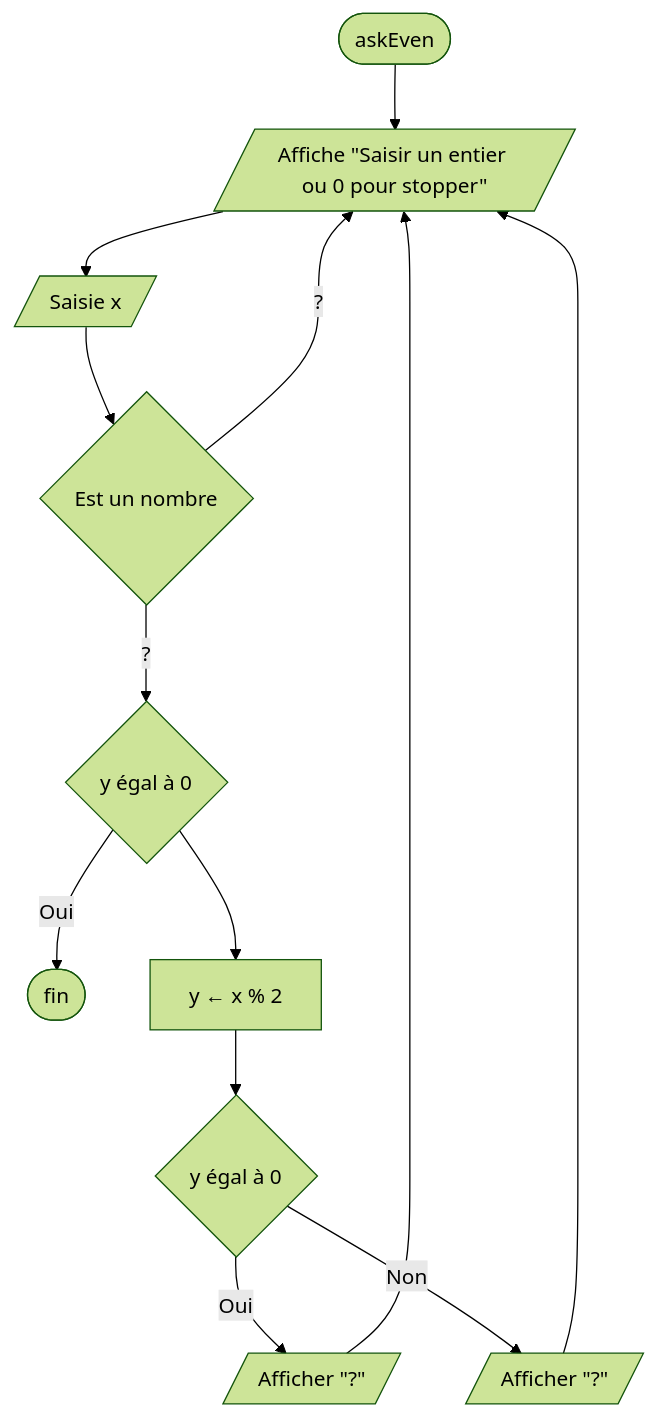
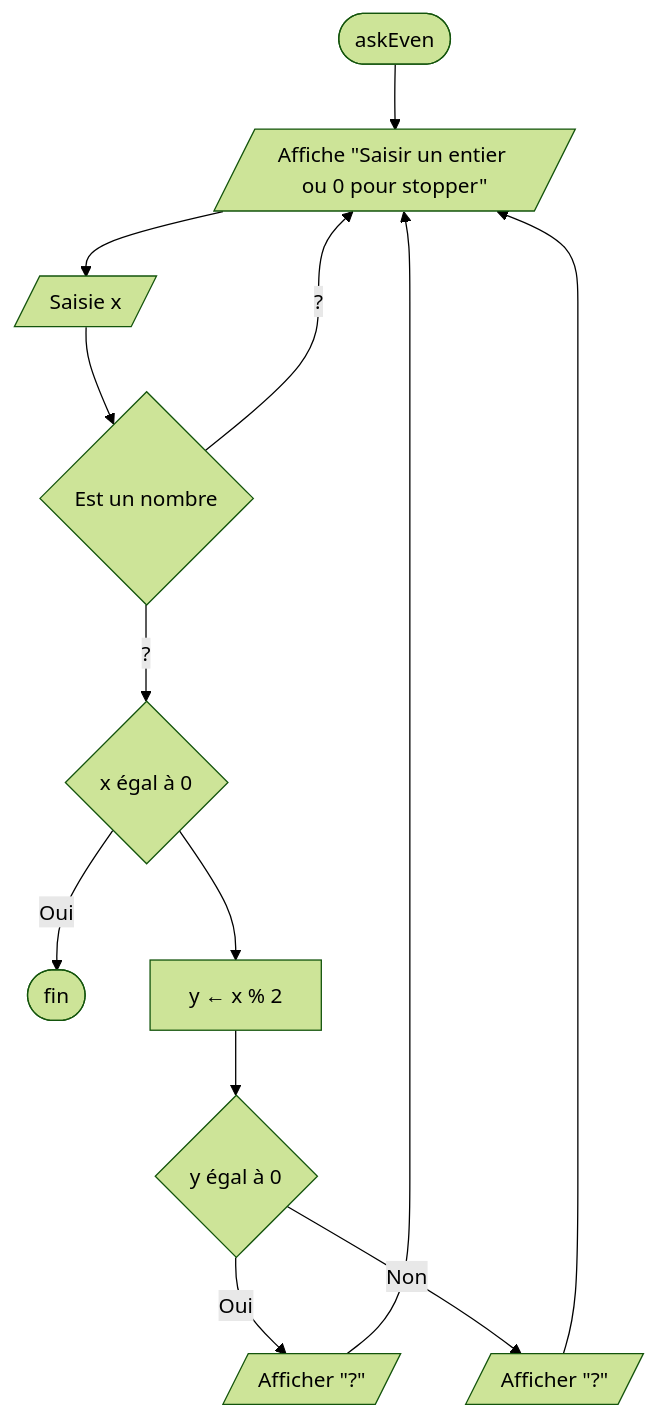
One commit to esirem-chassel/3aa-algo changed the diagram in TD/td1.md. Above: the diagram before and after it, drawn with Mermaid (forest theme).

````diff
--- a/TD/td1.md
+++ b/TD/td1.md
@@ -67,15 +67,15 @@
 ```mermaid
 flowchart TD
     A([askEven]) --> B[/Affiche "Saisir un entier ou 0 pour stopper"/]
     B --> C[/Saisie x/]
     C --> D{Est un nombre}
     D -->|?| B
-    D -->|?| E{y égal à 0}
+    D -->|?| E{x égal à 0}
     E -->|Oui| Z([fin])
     E --> F[y ← x % 2]
     F --> G{y égal à 0}
     G -->|Oui| H[/Afficher "?"/]
     G -->|Non| I[/Afficher "?"/]
     H --> B
     I --> B
 ```
````
